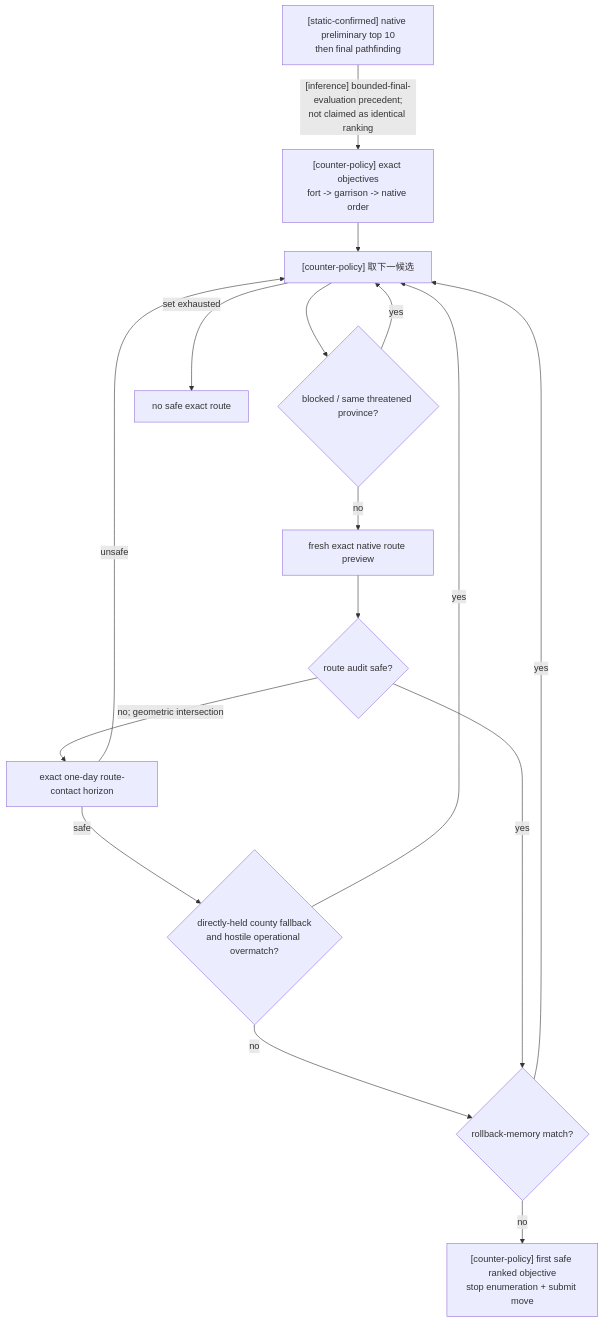
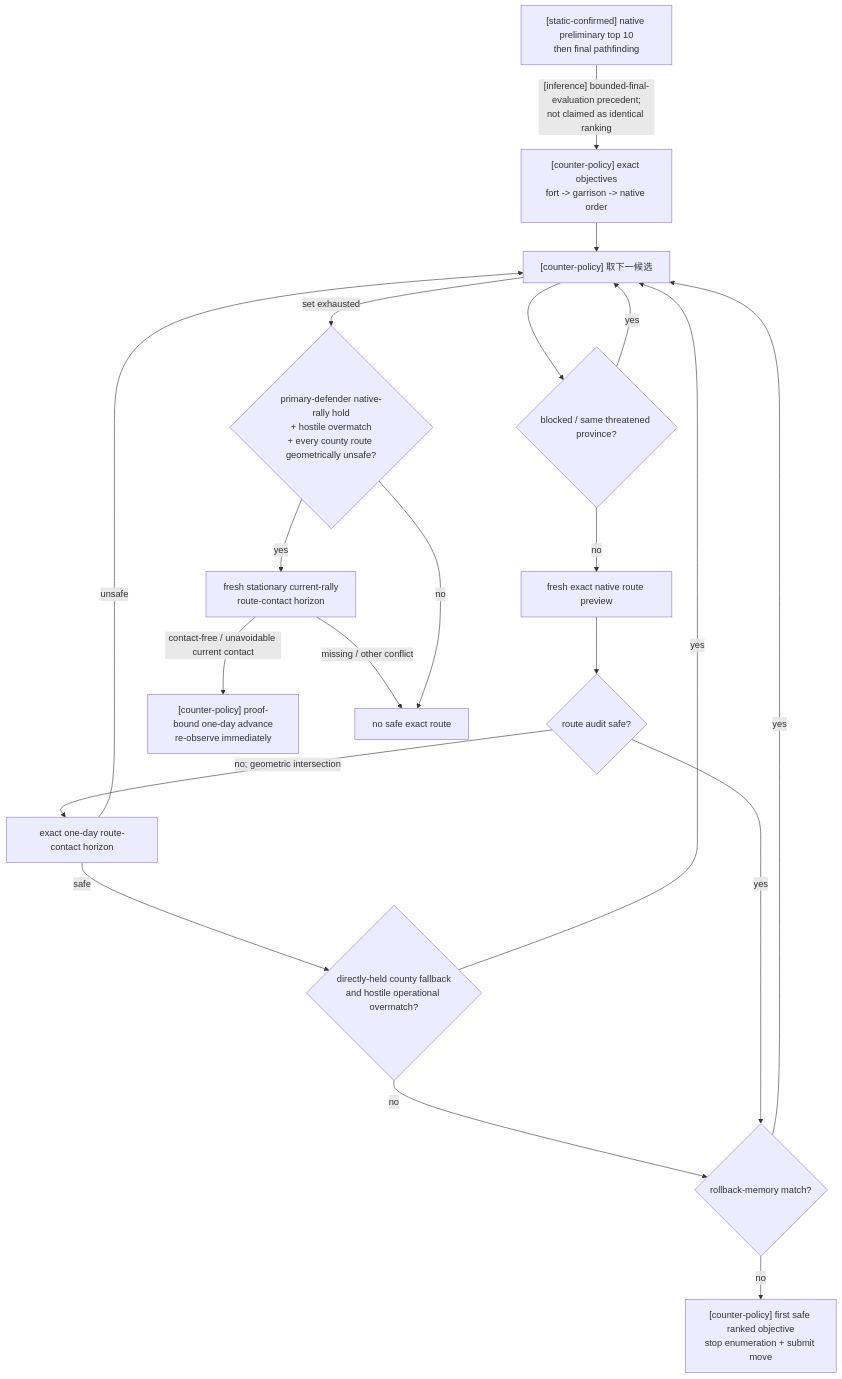
Before and after one commit to XenoAmess/ck3_eternal_recurrence: the fourth of 10 diagrams in docs/ck3-native-ai/army-controller.md, drawn with Mermaid. The commit also changed other lines of this file and 3 other files, not shown here.

Commit message:
G2-R888-guard-native-rally-holds-with-stationary-proof

````diff
--- a/docs/ck3-native-ai/army-controller.md
+++ b/docs/ck3-native-ai/army-controller.md
@@ -188,18 +188,22 @@
 ```mermaid
 flowchart TD
     P["[counter-policy] exact objectives<br/>fort -> garrison -> native order"] --> C["[counter-policy] 取下一候选"]
     C --> B{"blocked / same threatened province?"}
     B -->|yes| C
     B -->|no| R["fresh exact native route preview"]
     R --> A{"route audit safe?"}
     A -->|no; geometric intersection| H["exact one-day route-contact horizon"]
     H -->|unsafe| C
     H -->|safe| V{"directly-held county fallback<br/>and hostile operational overmatch?"}
     V -->|yes| C
     V -->|no| K{"rollback-memory match?"}
     A -->|yes| K
     K -->|yes| C
     K -->|no| M["[counter-policy] first safe ranked objective<br/>stop enumeration + submit move"]
-    C -->|set exhausted| N["no safe exact route"]
+    C -->|set exhausted| D{"primary-defender native-rally hold<br/>+ hostile overmatch<br/>+ every county route geometrically unsafe?"}
+    D -->|yes| S["fresh stationary current-rally<br/>route-contact horizon"]
+    S -->|contact-free / unavoidable current contact| L["[counter-policy] proof-bound one-day advance<br/>re-observe immediately"]
+    S -->|missing / other conflict| N
+    D -->|no| N["no safe exact route"]
     O["[static-confirmed] native preliminary top 10<br/>then final pathfinding"] -->|"[inference] bounded-final-evaluation precedent;<br/>not claimed as identical ranking"| P
 ```
````
